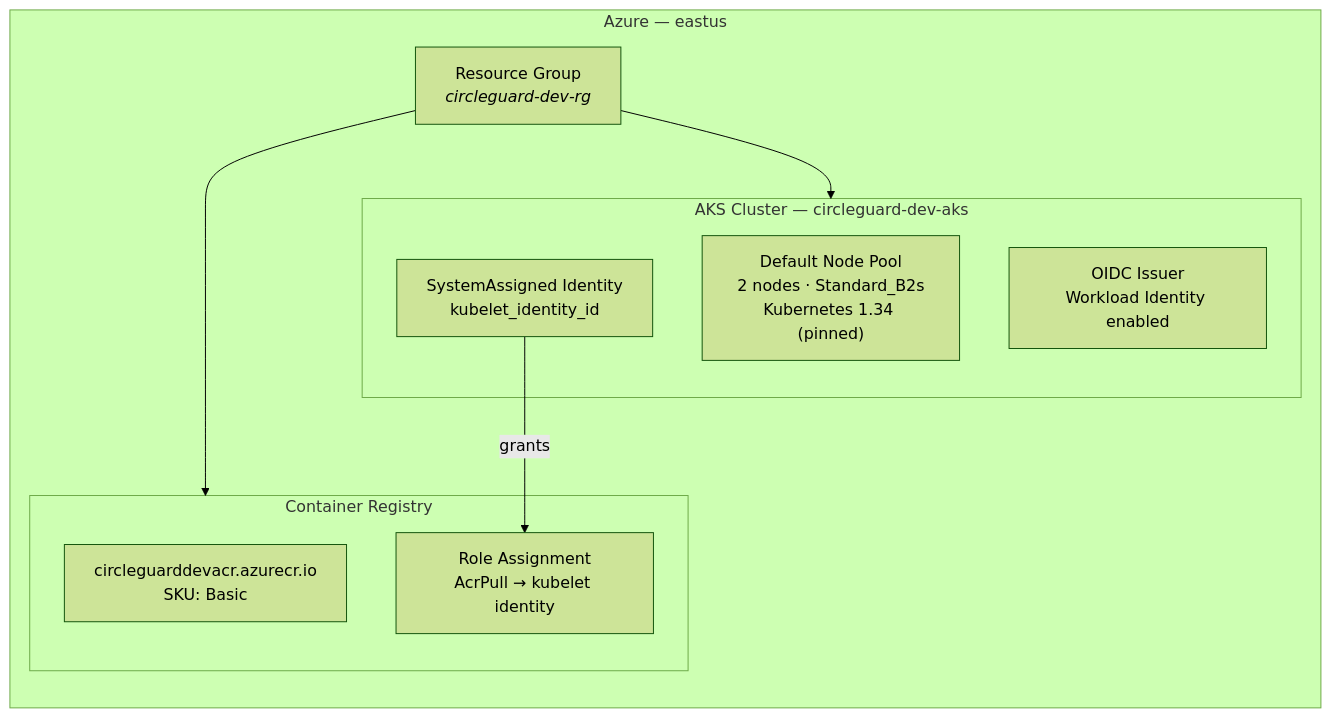
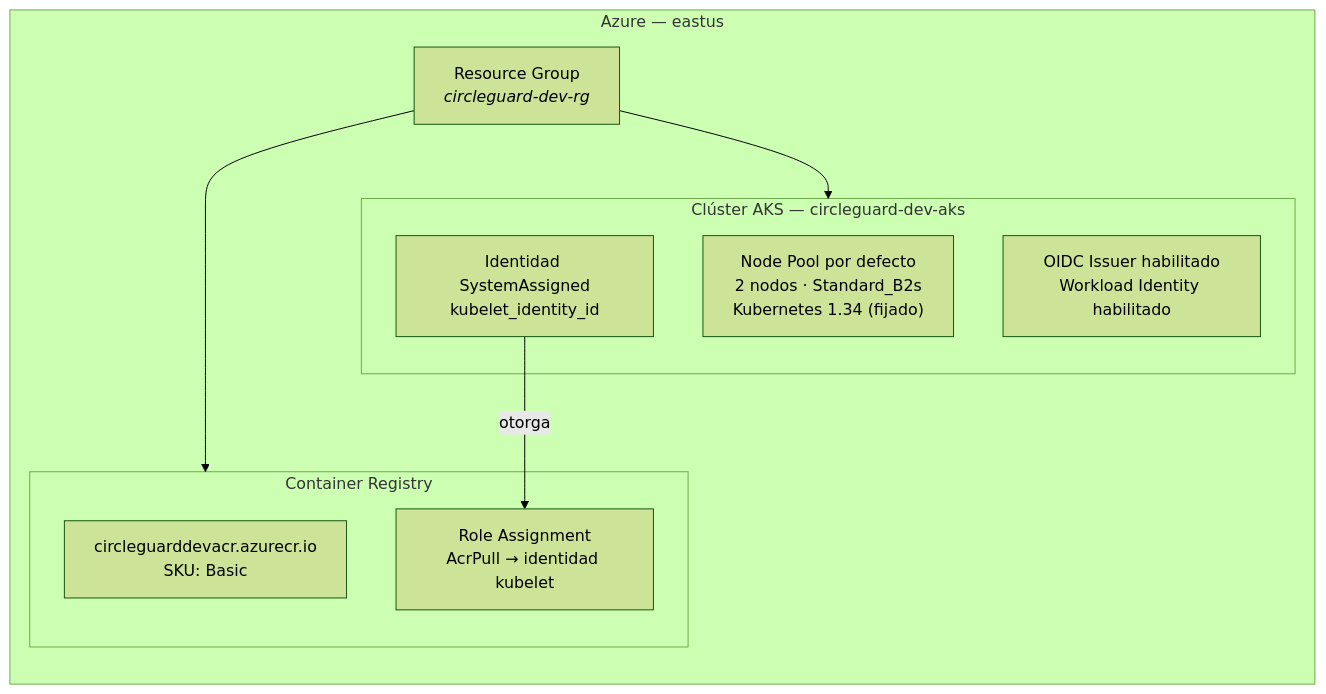
The second of 4 diagrams in docs/diagrams/terraform-infrastructure.md (Electromayonaise/Circle-Guard-IngSoV), drawn with Mermaid (forest theme) before and after one commit. The commit also changed other lines of this file, not shown here.

Commit message:
docs(terraform): add infrastructure architecture diagram with Mermaid

````diff
--- a/docs/diagrams/terraform-infrastructure.md
+++ b/docs/diagrams/terraform-infrastructure.md
@@ -45,21 +45,21 @@
 ```mermaid
 graph LR
     subgraph AZ["Azure — eastus"]
         RG["Resource Group<br/><i>circleguard-dev-rg</i>"]
 
-        subgraph AKS["AKS Cluster — circleguard-dev-aks"]
-            NP["Default Node Pool<br/>2 nodes · Standard_B2s<br/>Kubernetes 1.34 (pinned)"]
-            OID["OIDC Issuer<br/>Workload Identity enabled"]
-            ID["SystemAssigned Identity<br/>kubelet_identity_id"]
+        subgraph AKS_BOX["Clúster AKS — circleguard-dev-aks"]
+            NP["Node Pool por defecto<br/>2 nodos · Standard_B2s<br/>Kubernetes 1.34 (fijado)"]
+            OID["OIDC Issuer habilitado<br/>Workload Identity habilitado"]
+            ID["Identidad SystemAssigned<br/>kubelet_identity_id"]
         end
 
         subgraph ACR_BOX["Container Registry"]
             ACR_NAME["circleguarddevacr.azurecr.io<br/>SKU: Basic"]
-            ROLE["Role Assignment<br/>AcrPull → kubelet identity"]
+            ROLE["Role Assignment<br/>AcrPull → identidad kubelet"]
         end
 
-        RG --> AKS
+        RG --> AKS_BOX
         RG --> ACR_BOX
-        ID -->|"grants"| ROLE
+        ID -->|"otorga"| ROLE
     end
 ```
````
